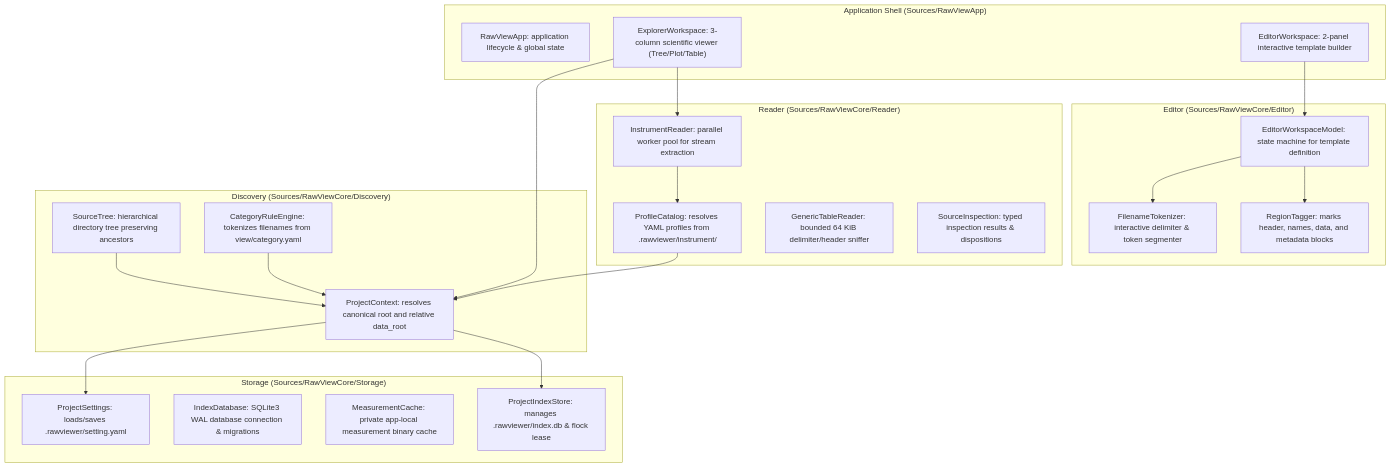
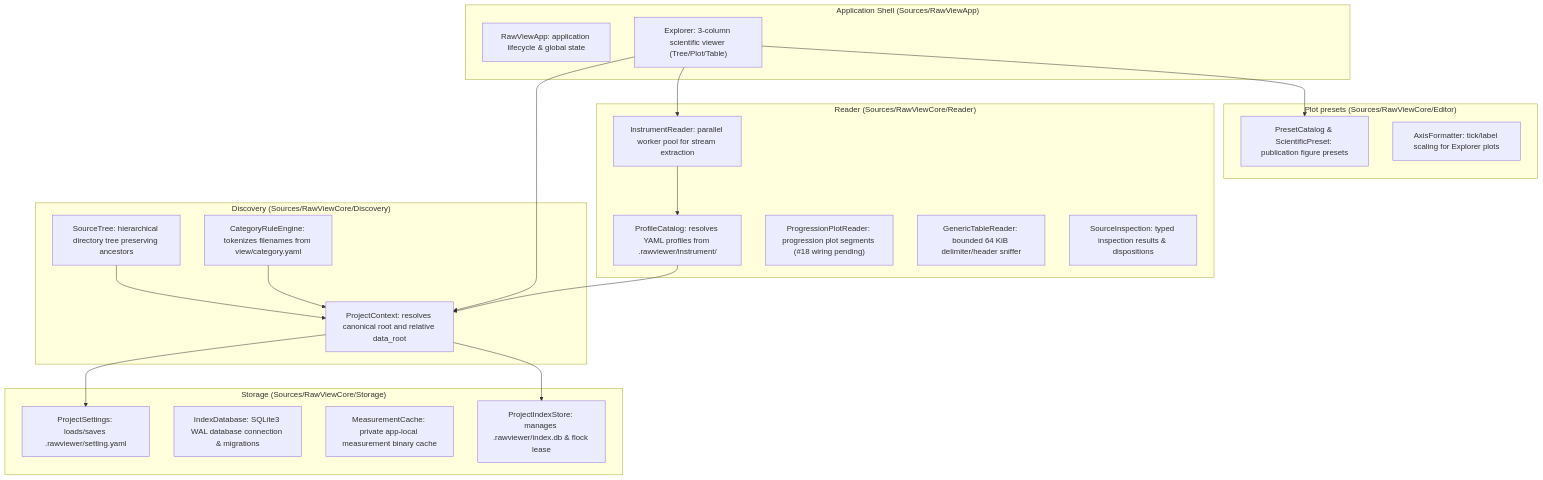
One commit to taixuann/raw-viewer changed the diagram in AGENTS.md. Above: the diagram before and after it, drawn with Mermaid. The commit also changed other lines of this file and 31 other files, not shown here.

````diff
--- a/AGENTS.md
+++ b/AGENTS.md
@@ -17,46 +17,43 @@
 ```mermaid
 graph TD
     subgraph Storage ["Storage (Sources/RawViewCore/Storage)"]
         ProjectIndexStore["ProjectIndexStore: manages .rawviewer/index.db & flock lease"]
         IndexDatabase["IndexDatabase: SQLite3 WAL database connection & migrations"]
         MeasurementCache["MeasurementCache: private app-local measurement binary cache"]
         ProjectSettings["ProjectSettings: loads/saves .rawviewer/setting.yaml"]
     end
 
     subgraph Discovery ["Discovery (Sources/RawViewCore/Discovery)"]
         ProjectContext["ProjectContext: resolves canonical root and relative data_root"]
         SourceTree["SourceTree: hierarchical directory tree preserving ancestors"]
         CategoryRuleEngine["CategoryRuleEngine: tokenizes filenames from view/category.yaml"]
     end
 
     subgraph Reader ["Reader (Sources/RawViewCore/Reader)"]
         ProfileCatalog["ProfileCatalog: resolves YAML profiles from .rawviewer/instrument/"]
         InstrumentReader["InstrumentReader: parallel worker pool for stream extraction"]
+        ProgressionPlotReader["ProgressionPlotReader: progression plot segments (#18 wiring pending)"]
         GenericTableReader["GenericTableReader: bounded 64 KiB delimiter/header sniffer"]
         SourceInspection["SourceInspection: typed inspection results & dispositions"]
     end
 
-    subgraph Editor ["Editor (Sources/RawViewCore/Editor)"]
-        EditorWorkspaceModel["EditorWorkspaceModel: state machine for template definition"]
-        FilenameTokenizer["FilenameTokenizer: interactive delimiter & token segmenter"]
-        RegionTagger["RegionTagger: marks header, names, data, and metadata blocks"]
+    subgraph PlotStyle ["Plot presets (Sources/RawViewCore/Editor)"]
+        PresetCatalog["PresetCatalog & ScientificPreset: publication figure presets"]
+        AxisFormatter["AxisFormatter: tick/label scaling for Explorer plots"]
     end
 
     subgraph AppUI ["Application Shell (Sources/RawViewApp)"]
         RawViewApp["RawViewApp: application lifecycle & global state"]
-        ExplorerWorkspace["ExplorerWorkspace: 3-column scientific viewer (Tree/Plot/Table)"]
-        EditorWorkspace["EditorWorkspace: 2-panel interactive template builder"]
+        ExplorerWorkspace["Explorer: 3-column scientific viewer (Tree/Plot/Table)"]
     end
 
     ProjectContext --> ProjectSettings
     ProjectContext --> ProjectIndexStore
     SourceTree --> ProjectContext
     CategoryRuleEngine --> ProjectContext
     ProfileCatalog --> ProjectContext
     InstrumentReader --> ProfileCatalog
     ExplorerWorkspace --> ProjectContext
     ExplorerWorkspace --> InstrumentReader
-    EditorWorkspaceModel --> FilenameTokenizer
-    EditorWorkspaceModel --> RegionTagger
-    EditorWorkspace --> EditorWorkspaceModel
+    ExplorerWorkspace --> PresetCatalog
 ```
````
